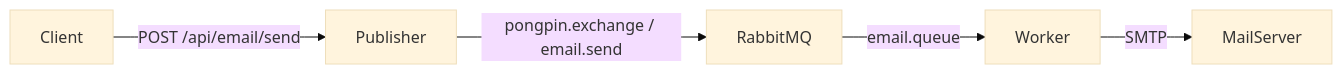
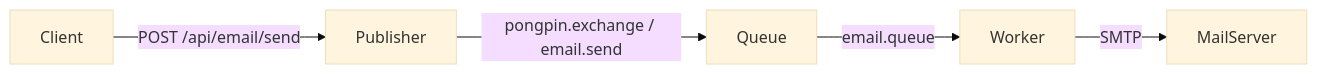
The diagram in docs/architecture.md (Jay-1409/nQauck), drawn with Mermaid (base theme) before and after one commit. The commit also changed other lines of this file, not shown here.

Commit message:
Docs(architecture.md): clean and improve the writeup

````diff
--- a/docs/architecture.md
+++ b/docs/architecture.md
@@ -9,7 +9,7 @@
 ```mermaid
 flowchart LR
     Client -->|POST /api/email/send| Publisher
-    Publisher -->|pongpin.exchange / email.send| RabbitMQ
-    RabbitMQ -->|email.queue| Worker
+    Publisher -->|pongpin.exchange / email.send| Queue
+    Queue -->|email.queue| Worker
     Worker -->|SMTP| MailServer
 ```
````
